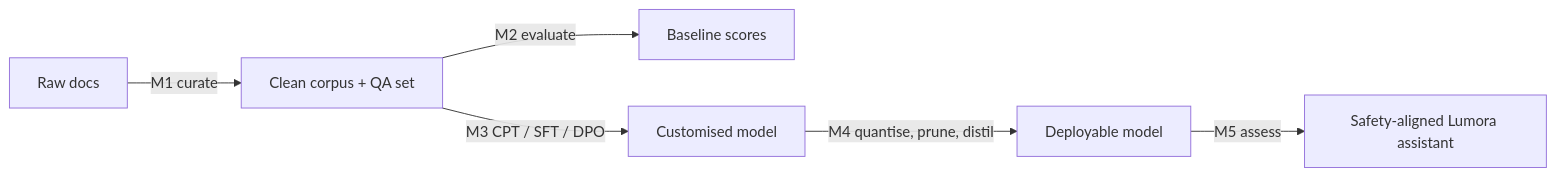
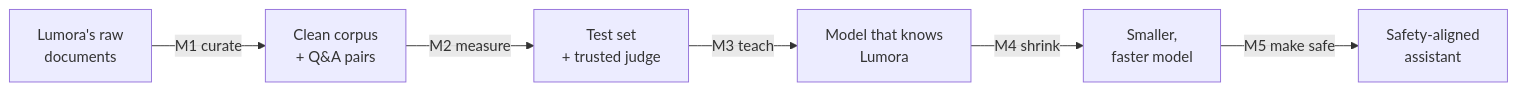
One commit to vinothss/add_llmknowledge changed the diagram in docs/index.md. Above: the diagram before and after it, drawn with Mermaid. The commit also changed other lines of this file, not shown here.

First line of the commit message:
Tell the Lumora story on the home page

````diff
--- a/docs/index.md
+++ b/docs/index.md
@@ -22,8 +58,8 @@
 ```mermaid
 flowchart LR
-  A[Raw docs] -->|M1 curate| B[Clean corpus + QA set]
-  B -->|M2 evaluate| C[Baseline scores]
-  B -->|M3 CPT / SFT / DPO| D[Customised model]
-  D -->|M4 quantise, prune, distil| E[Deployable model]
-  E -->|M5 assess| F[Safety-aligned Lumora assistant]
+  A["Lumora's raw<br/>documents"] -->|"M1 curate"| B["Clean corpus<br/>+ Q&A pairs"]
+  B -->|"M2 measure"| C["Test set<br/>+ trusted judge"]
+  C -->|"M3 teach"| D["Model that knows<br/>Lumora"]
+  D -->|"M4 shrink"| E["Smaller,<br/>faster model"]
+  E -->|"M5 make safe"| F["Safety-aligned<br/>assistant"]
 ```
````
